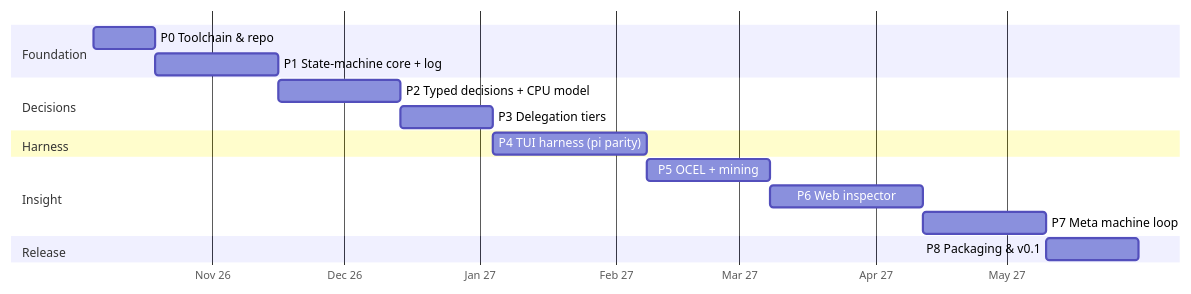
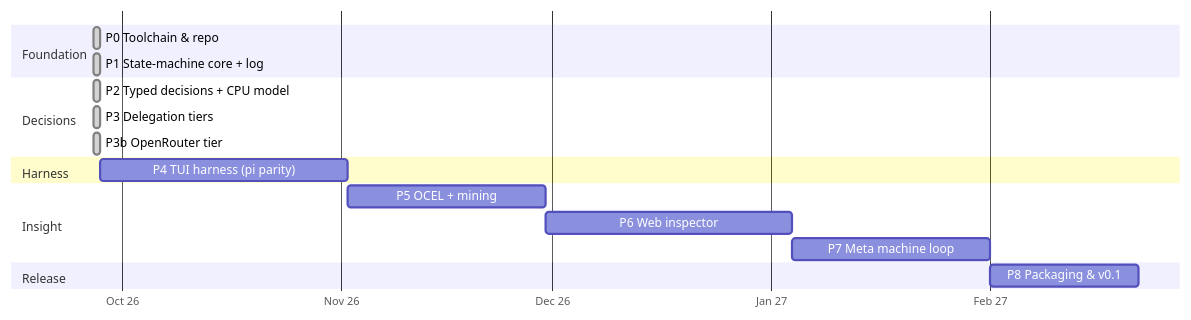
Before and after one commit to romeroabelleira/xeito: the diagram in docs/implementation-plan.md, drawn with Mermaid. The commit also changed other lines of this file and 25 other files, not shown here.

First line of the commit message:
P3b: OpenRouter tier with logprobs, off-box policy, dated milestones

````diff
--- a/docs/implementation-plan.md
+++ b/docs/implementation-plan.md
@@ -12,19 +26,20 @@
 ```mermaid
 gantt
   dateFormat YYYY-MM-DD
   axisFormat %b %y
   section Foundation
-  P0 Toolchain & repo            :p0, 2026-10-05, 2w
-  P1 State-machine core + log    :p1, after p0, 4w
+  P0 Toolchain & repo            :done, p0, 2026-09-27, 1d
+  P1 State-machine core + log    :done, p1, 2026-09-27, 1d
   section Decisions
-  P2 Typed decisions + CPU model :p2, after p1, 4w
-  P3 Delegation tiers            :p3, after p2, 3w
+  P2 Typed decisions + CPU model :done, p2, 2026-09-27, 1d
+  P3 Delegation tiers            :done, p3, 2026-09-27, 1d
+  P3b OpenRouter tier            :done, p3b, 2026-09-27, 1d
   section Harness
-  P4 TUI harness (pi parity)     :p4, after p3, 5w
+  P4 TUI harness (pi parity)     :p4, after p3b, 5w
   section Insight
   P5 OCEL + mining               :p5, after p4, 4w
   P6 Web inspector               :p6, after p5, 5w
   P7 Meta machine loop           :p7, after p6, 4w
   section Release
   P8 Packaging & v0.1            :p8, after p7, 3w
 ```
````
